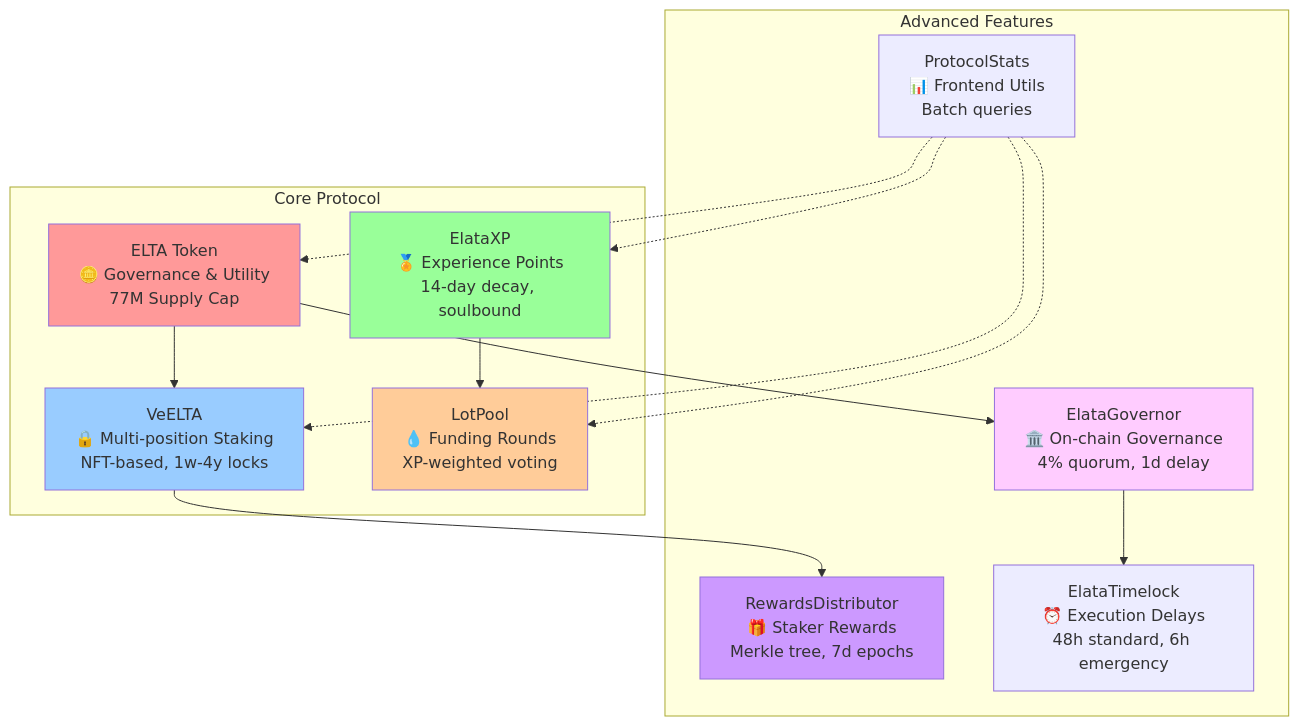
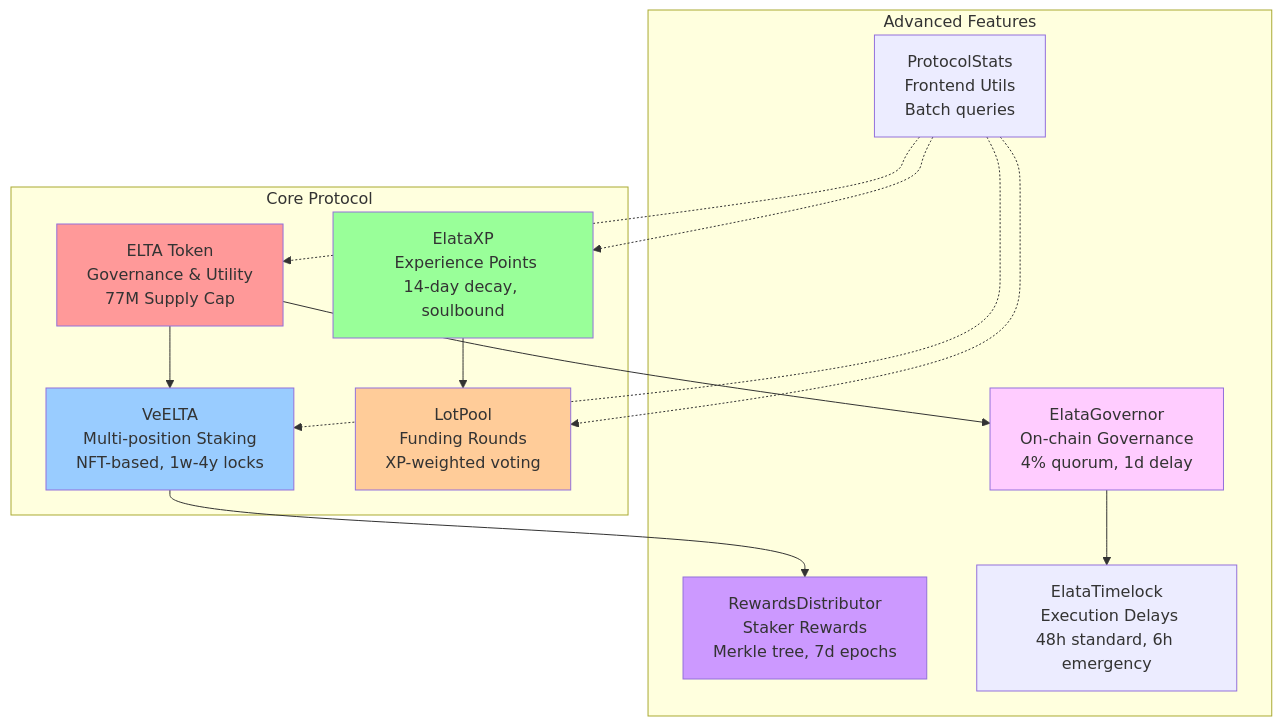
Before and after one commit to Elata-Biosciences/elata-protocol: the third of 8 diagrams in README.md, drawn with Mermaid. The commit also changed other lines of this file, not shown here.

````diff
--- a/README.md
+++ b/README.md
@@ -88,34 +88,34 @@
 ```mermaid
 graph TB
     subgraph "Core Protocol"
-        ELTA[ELTA Token<br/>🪙 Governance & Utility<br/>77M Supply Cap]
-        VE[VeELTA<br/>🔒 Multi-position Staking<br/>NFT-based, 1w-4y locks]
-        XP[ElataXP<br/>🏅 Experience Points<br/>14-day decay, soulbound]
-        LP[LotPool<br/>💧 Funding Rounds<br/>XP-weighted voting]
+        ELTA[ELTA Token<br/> Governance & Utility<br/>77M Supply Cap]
+        VE[VeELTA<br/> Multi-position Staking<br/>NFT-based, 1w-4y locks]
+        XP[ElataXP<br/> Experience Points<br/>14-day decay, soulbound]
+        LP[LotPool<br/> Funding Rounds<br/>XP-weighted voting]
     end
     
     subgraph "Advanced Features"
-        RD[RewardsDistributor<br/>🎁 Staker Rewards<br/>Merkle tree, 7d epochs]
-        GOV[ElataGovernor<br/>🏛️ On-chain Governance<br/>4% quorum, 1d delay]
-        TL[ElataTimelock<br/>⏰ Execution Delays<br/>48h standard, 6h emergency]
-        STATS[ProtocolStats<br/>📊 Frontend Utils<br/>Batch queries]
+        RD[RewardsDistributor<br/> Staker Rewards<br/>Merkle tree, 7d epochs]
+        GOV[ElataGovernor<br/> On-chain Governance<br/>4% quorum, 1d delay]
+        TL[ElataTimelock<br/> Execution Delays<br/>48h standard, 6h emergency]
+        STATS[ProtocolStats<br/> Frontend Utils<br/>Batch queries]
     end
     
     ELTA --> VE
     ELTA --> GOV
     VE --> RD
     XP --> LP
     GOV --> TL
     
     STATS -.-> ELTA
     STATS -.-> VE
     STATS -.-> XP
     STATS -.-> LP
     
     style ELTA fill:#ff9999
     style VE fill:#99ccff
     style XP fill:#99ff99
     style LP fill:#ffcc99
     style RD fill:#cc99ff
     style GOV fill:#ffccff
 ```
````
